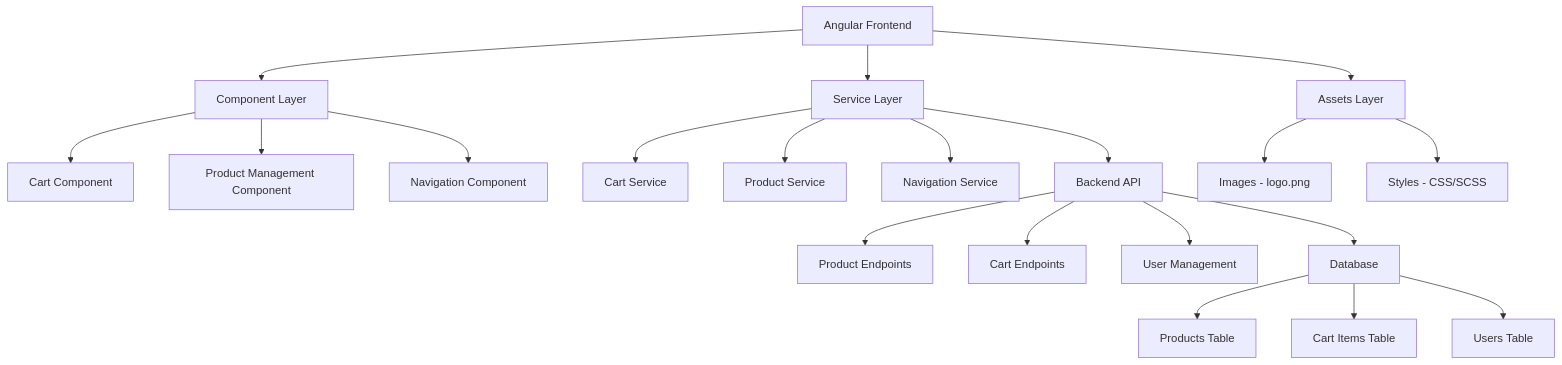
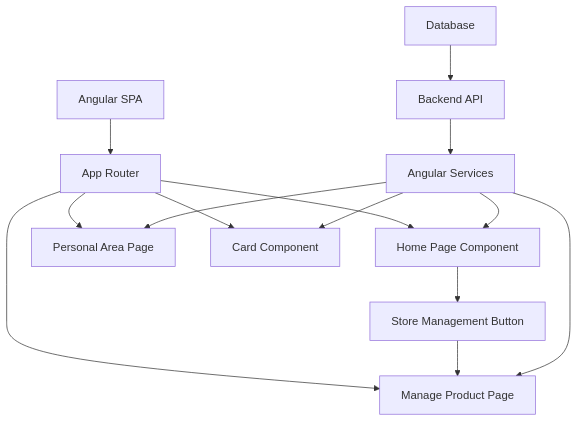
Before and after one commit to luisv-stk/curso-frida-team8: the diagram in curso-frida-team8/frida-case2/.frida-specs/design.md, drawn with Mermaid. The commit also changed other lines of this file and 18 other files, not shown here.

Commit message:
HomePage and all app routing created

````diff
--- a/curso-frida-team8/frida-case2/.frida-specs/design.md
+++ b/curso-frida-team8/frida-case2/.frida-specs/design.md
@@ -9,26 +9,19 @@
 ```mermaid
 graph TB
-    A[Angular Frontend] --> B[Component Layer]
-    B --> C[Cart Component]
-    B --> D[Product Management Component]
-    B --> E[Navigation Component]
+    A[Angular SPA] --> B[App Router]
+    B --> C[Home Page Component]
+    B --> D[Personal Area Page]
+    B --> E[Card Component]
+    B --> F[Manage Product Page]
     
-    A --> F[Service Layer]
-    F --> G[Cart Service]
-    F --> H[Product Service]
-    F --> I[Navigation Service]
+    C --> G[Store Management Button]
+    G --> F
     
-    A --> J[Assets Layer]
-    J --> K[Images - logo.png]
-    J --> L[Styles - CSS/SCSS]
+    H[Angular Services] --> C
+    H --> D
+    H --> E
+    H --> F
     
-    F --> M[Backend API]
-    M --> N[Product Endpoints]
-    M --> O[Cart Endpoints]
-    M --> P[User Management]
-    
-    M --> Q[Database]
-    Q --> R[Products Table]
-    Q --> S[Cart Items Table]
-    Q --> T[Users Table]
+    I[Backend API] --> H
+    J[Database] --> I
 ```
````
